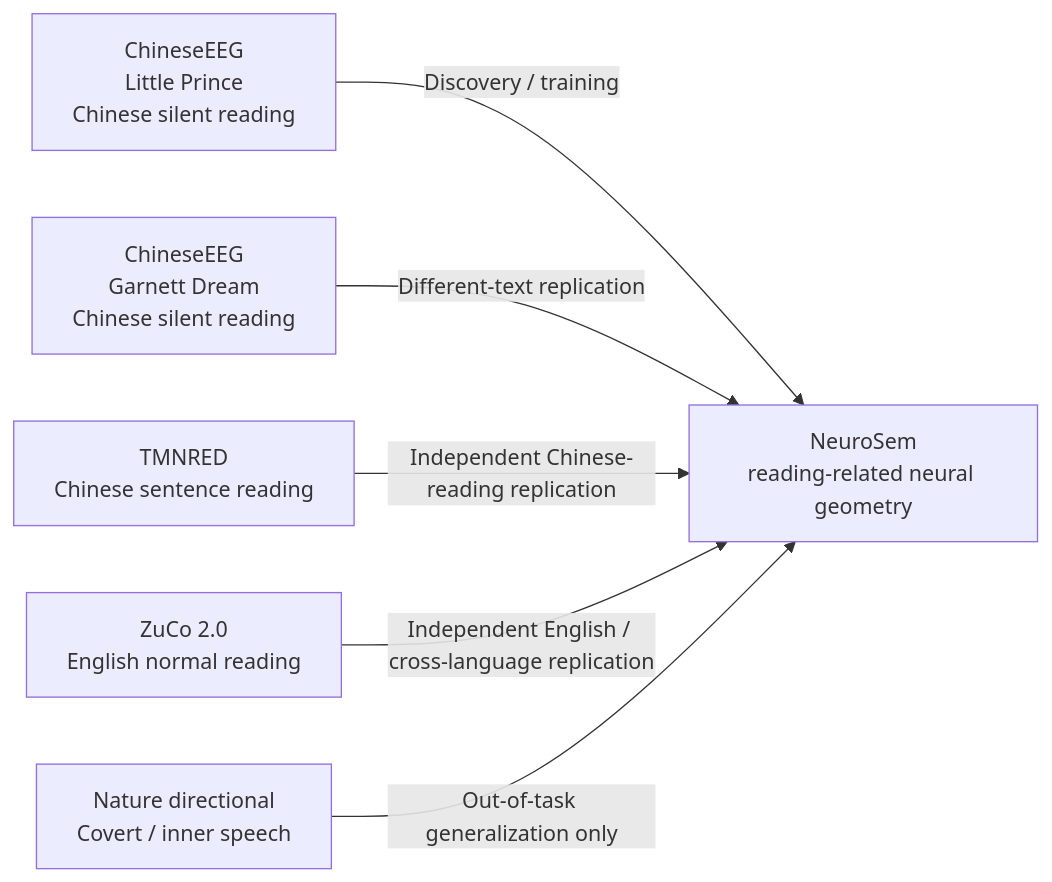
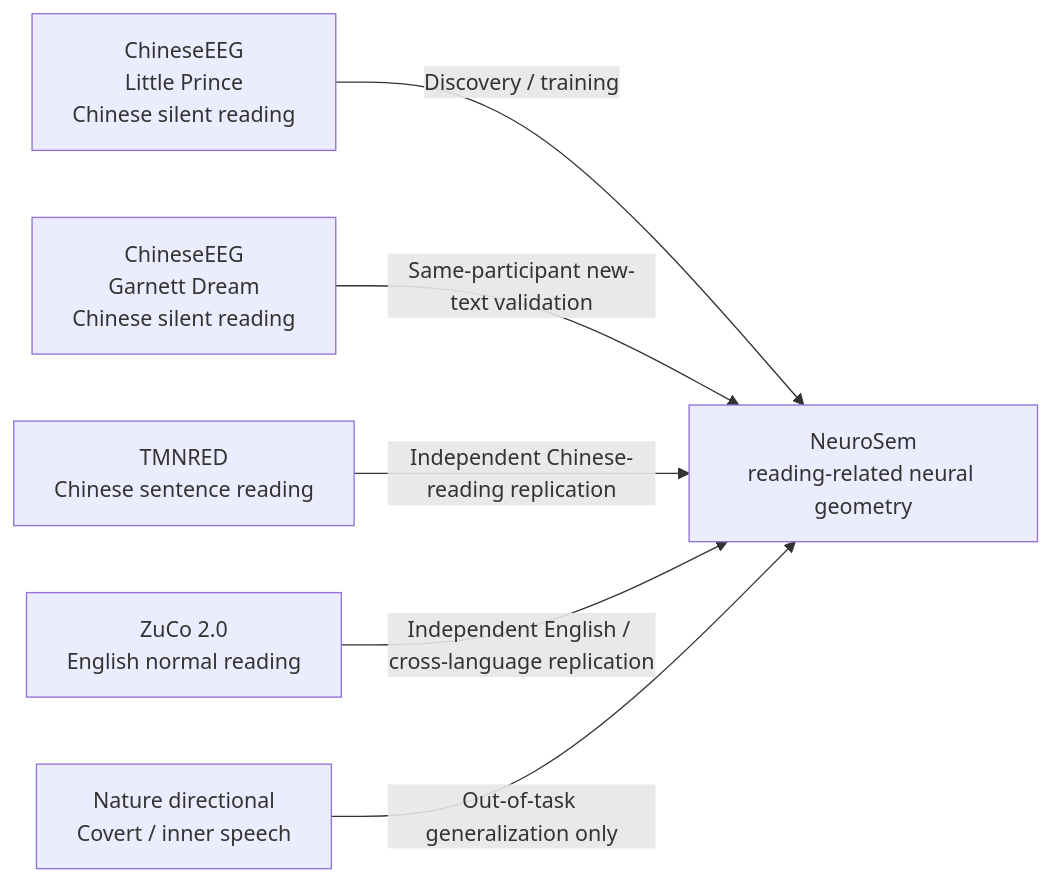
Before and after one commit to vafaei-ar/NeuroSem: the diagram in docs/2_DATASETS_AND_TASKS.md, drawn with Mermaid. The commit also changed other lines of this file, not shown here.

````diff
--- a/docs/2_DATASETS_AND_TASKS.md
+++ b/docs/2_DATASETS_AND_TASKS.md
@@ -9,15 +9,15 @@
 ```mermaid
 flowchart LR
     LP[ChineseEEG<br/>Little Prince<br/>Chinese silent reading]
     GD[ChineseEEG<br/>Garnett Dream<br/>Chinese silent reading]
     TM[TMNRED<br/>Chinese sentence reading]
     ZU[ZuCo 2.0<br/>English normal reading]
     ND[Nature directional<br/>Covert / inner speech]
     CORE[NeuroSem<br/>reading-related neural geometry]
 
     LP -->|Discovery / training| CORE
-    GD -->|Different-text replication| CORE
+    GD -->|Same-participant new-text validation| CORE
     TM -->|Independent Chinese-reading replication| CORE
     ZU -->|Independent English / cross-language replication| CORE
     ND -->|Out-of-task generalization only| CORE
 ```
````
